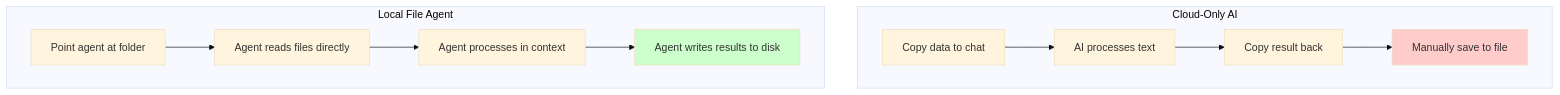
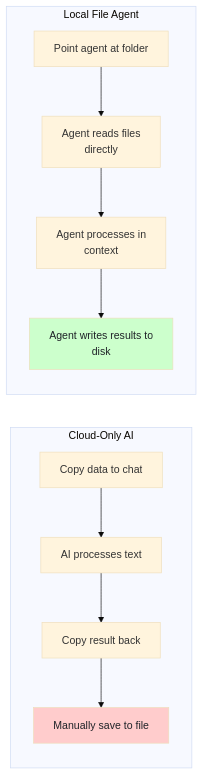
Before and after one commit to bytetunnels/bytetunnels.github.com: the second of 3 diagrams in _posts/2026-01-31-ai-file-agents-claude-cowork-and-the-new-automation-frontier.md, drawn with Mermaid (base theme). The commit also changed other lines of this file and 118 other files, not shown here.

Commit message:
feat: improve diagram styling and compact wide flowcharts

````diff
--- a/_posts/2026-01-31-ai-file-agents-claude-cowork-and-the-new-automation-frontier.md
+++ b/_posts/2026-01-31-ai-file-agents-claude-cowork-and-the-new-automation-frontier.md
@@ -50,17 +50,17 @@
 ```mermaid
-graph TD
+graph LR
     subgraph CL["Cloud-Only AI"]
         A1["Copy data to chat"] --> A2["AI processes text"]
         A2 --> A3["Copy result back"]
         A3 --> A4["Manually save to file"]
     end
 
     subgraph LO["Local File Agent"]
-        B1["Point agent at folder"] --> B2["Agent reads files directly"]
-        B2 --> B3["Agent processes in context"]
-        B3 --> B4["Agent writes results to disk"]
+        B1["Point agent at folder"] --> B2["Agent reads files<br/>directly"]
+        B2 --> B3["Agent processes in<br/>context"]
+        B3 --> B4["Agent writes results to<br/>disk"]
     end
 
-    style A4 fill:#ffcccc
-    style B4 fill:#ccffcc
+    style A4 fill:#ffcccc,color:#1f2328
+    style B4 fill:#ccffcc,color:#1f2328
 ```
````
